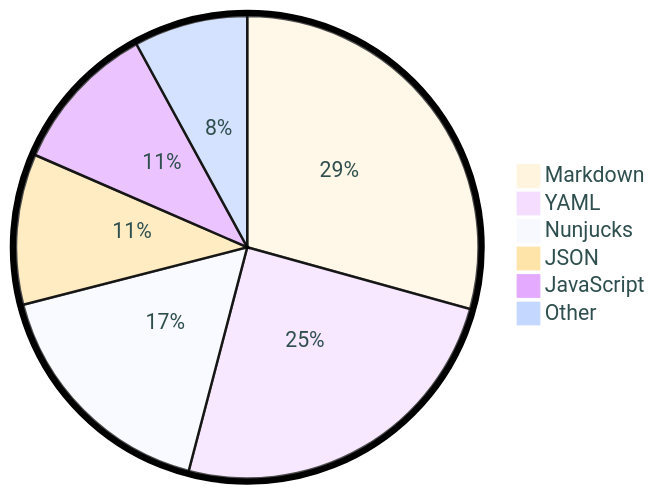
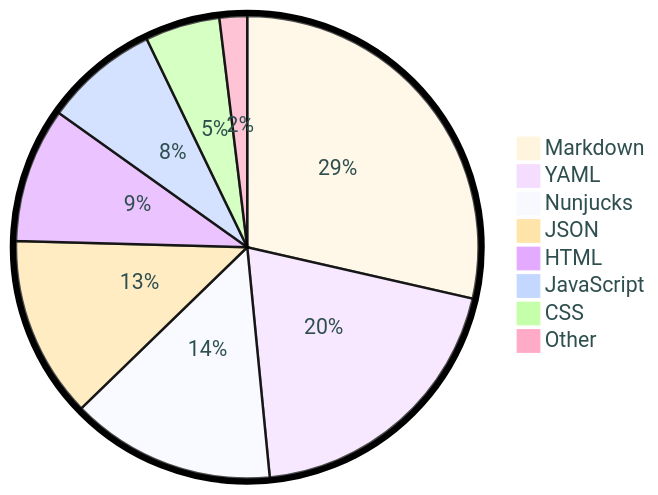
Before and after one commit to tot0p/tot0p: the diagram in README.md, drawn with Mermaid. The commit also changed other lines of this file, not shown here.

````diff
--- a/README.md
+++ b/README.md
@@ -121,10 +121,12 @@
 ```mermaid
 %%{init: {"pie": {"textPosition": 0.5}, "themeVariables": {"pieOuterStrokeWidth": "5px","primaryTextColor" : "#2F4F4F"},"theme":"base"} }%%
 pie
-	"Markdown": 29.31
-	"YAML": 24.77
-	"Nunjucks": 16.93
-	"JSON": 10.53
-	"JavaScript": 10.52
-	"Other": 7.95
+	"Markdown": 28.57
+	"YAML": 19.88
+	"Nunjucks": 14.29
+	"JSON": 12.69
+	"HTML": 9.43
+	"JavaScript": 7.99
+	"CSS": 5.23
+	"Other": 1.93
 ```
````
